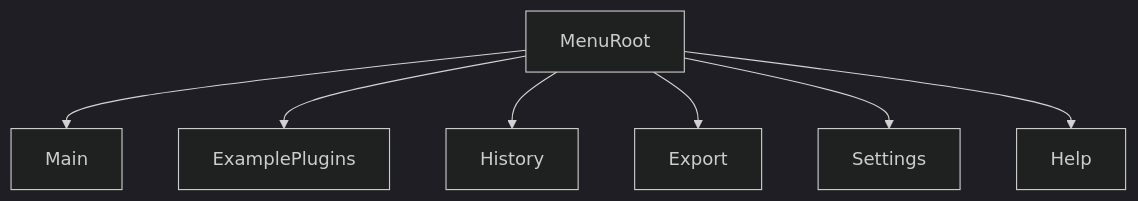
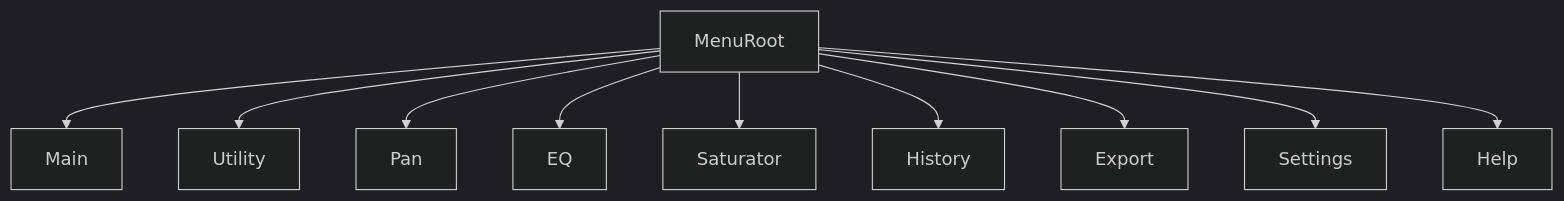
Before and after one commit to shahzebqazi/vst-ui: the second of 3 diagrams in docs/MOCKUPS.md, drawn with Mermaid (dark theme). The commit also changed other lines of this file and 12 other files, not shown here.

First line of the commit message:
mockups: four example plugin entries (Utility, Pan, EQ, Saturator)

````diff
--- a/docs/MOCKUPS.md
+++ b/docs/MOCKUPS.md
@@ -16,16 +16,22 @@
 ```mermaid
 flowchart TB
   menuRoot[MenuRoot]
   mainMenu[Main]
-  examplePluginsMenu[ExamplePlugins]
+  util[Utility]
+  pan[Pan]
+  eq[EQ]
+  sat[Saturator]
   historyMenu[History]
   exportMenu[Export]
   settingsMenu[Settings]
   helpMenu[Help]
   menuRoot --> mainMenu
-  menuRoot --> examplePluginsMenu
+  menuRoot --> util
+  menuRoot --> pan
+  menuRoot --> eq
+  menuRoot --> sat
   menuRoot --> historyMenu
   menuRoot --> exportMenu
   menuRoot --> settingsMenu
   menuRoot --> helpMenu
 ```
````
